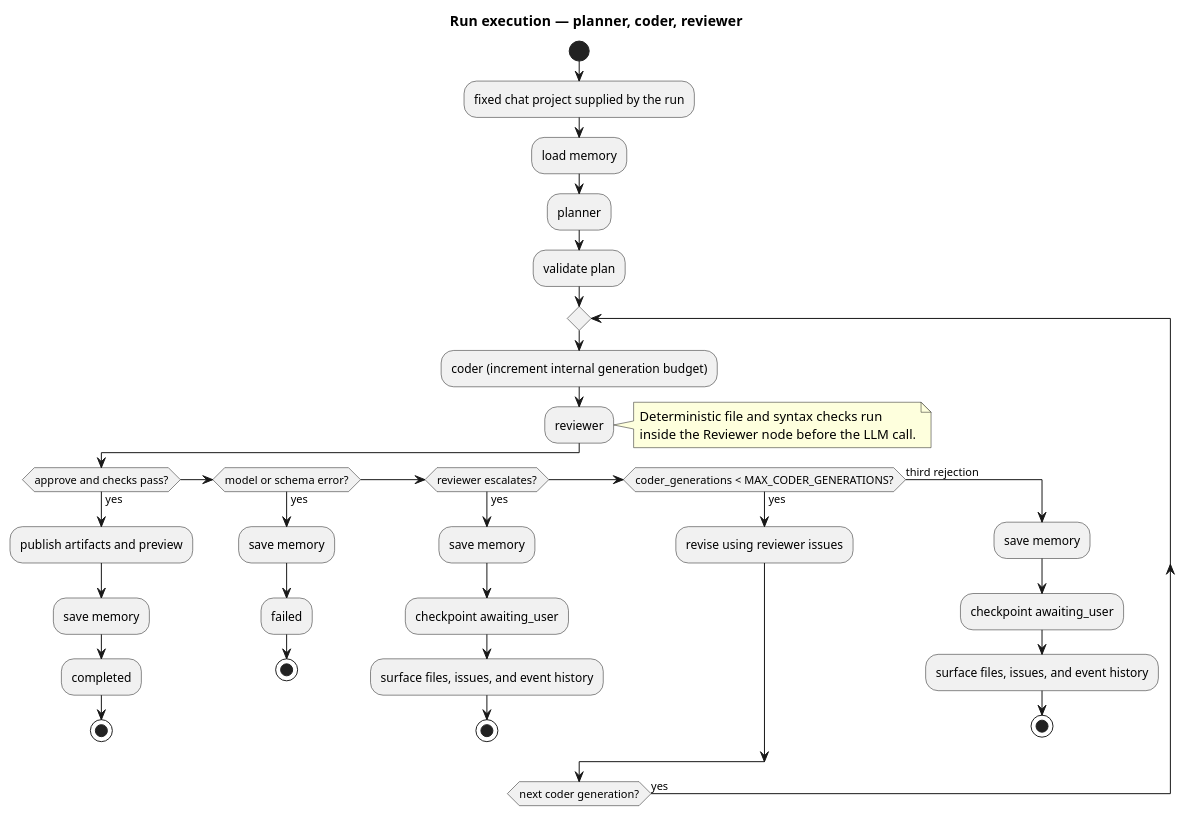
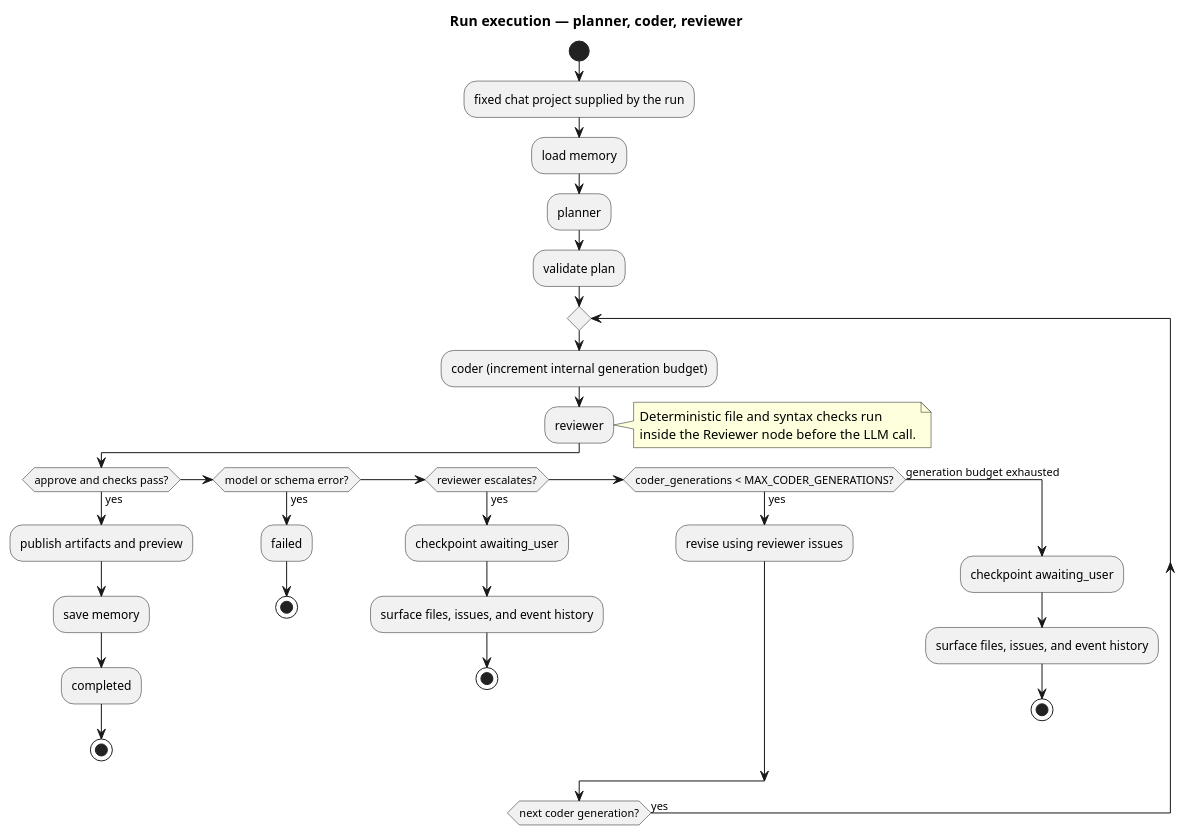
Before and after one commit to gdpe-franco/ai-coding-agent-pipeline: the fifth of 7 diagrams in docs/architecture.md, drawn with PlantUML. The commit also changed other lines of this file and 25 other files, not shown here.

````diff
--- a/docs/architecture.md
+++ b/docs/architecture.md
@@ -321,43 +321,40 @@
 ```puml
 @startuml
 !pragma layout smetana
 title Run execution — planner, coder, reviewer
 skinparam backgroundColor white
 skinparam shadowing false
 start
 :fixed chat project supplied by the run;
 :load memory;
 :planner;
 :validate plan;
 repeat
   :coder (increment internal generation budget);
   :reviewer;
   note right
     Deterministic file and syntax checks run
     inside the Reviewer node before the LLM call.
   end note
   if (approve and checks pass?) then (yes)
     :publish artifacts and preview;
     :save memory;
     :completed;
     stop
   elseif (model or schema error?) then (yes)
-    :save memory;
     :failed;
     stop
   elseif (reviewer escalates?) then (yes)
-    :save memory;
     :checkpoint awaiting_user;
     :surface files, issues, and event history;
     stop
   elseif (coder_generations < MAX_CODER_GENERATIONS?) then (yes)
     :revise using reviewer issues;
-  else (third rejection)
-    :save memory;
+  else (generation budget exhausted)
     :checkpoint awaiting_user;
     :surface files, issues, and event history;
     stop
   endif
 repeat while (next coder generation?) is (yes)
 @enduml
 ```
````
